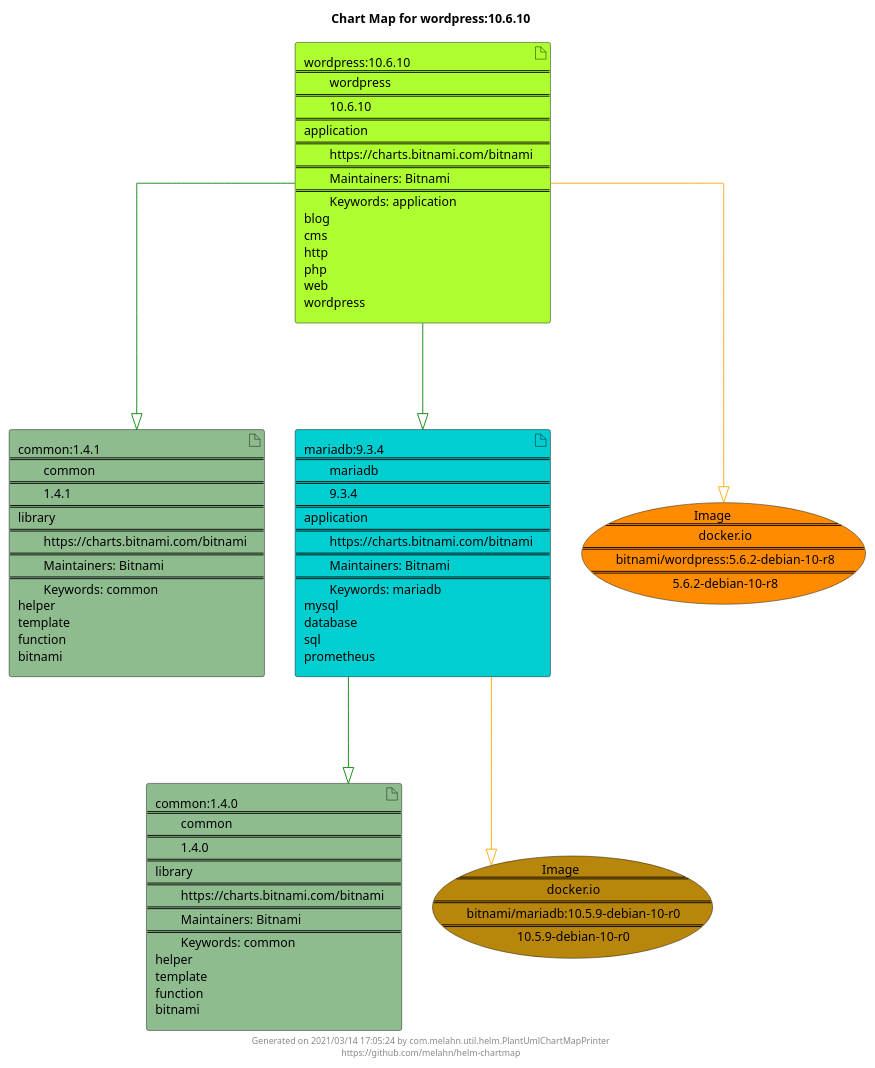
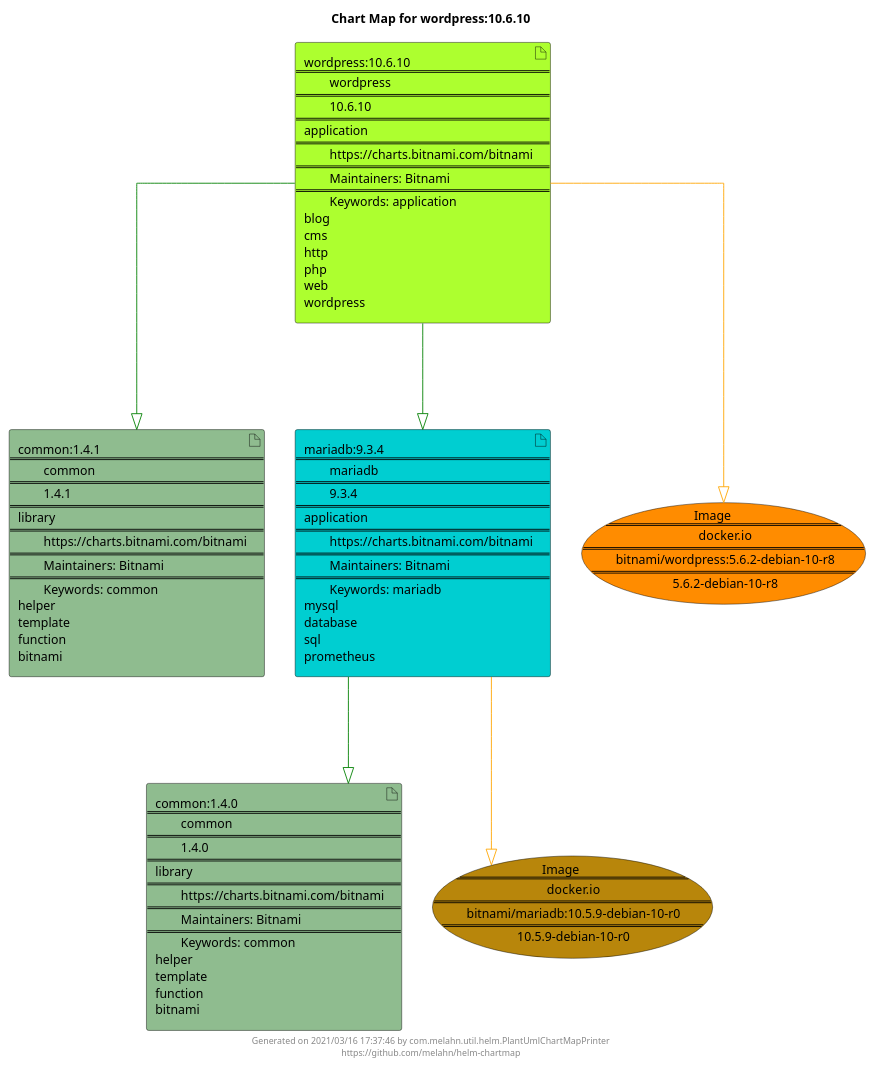
The diagram in docs/wordpress/wordpress-10.6.10.puml (melahn/helm-chartmap), drawn with PlantUML before and after one commit. The commit also changed 30 other files, not shown here.

Commit message:
Update example chartmaps using 3.0 snapshot

```diff
--- a/docs/wordpress/wordpress-10.6.10.puml
+++ b/docs/wordpress/wordpress-10.6.10.puml
@@ -1,29 +1,29 @@
 @startuml
 skinparam linetype ortho
 skinparam backgroundColor white
 skinparam usecaseBorderColor black
 skinparam usecaseArrowColor LightSlateGray
 skinparam artifactBorderColor black
 skinparam artifactArrowColor LightSlateGray
 
 title Chart Map for wordpress:10.6.10
 
 'There are 4 referenced Helm Charts
 artifact "common:1.4.1\n====\n\tcommon\n====\n\t1.4.1\n====\nlibrary\n====\n\thttps://charts.bitnami.com/bitnami\n====\n\tMaintainers: Bitnami\n====\n\tKeywords: common\nhelper\ntemplate\nfunction\nbitnami" as common_1_4_1 #DarkSeaGreen
 artifact "mariadb:9.3.4\n====\n\tmariadb\n====\n\t9.3.4\n====\napplication\n====\n\thttps://charts.bitnami.com/bitnami\n====\n\tMaintainers: Bitnami\n====\n\tKeywords: mariadb\nmysql\ndatabase\nsql\nprometheus" as mariadb_9_3_4 #DarkTurquoise
 artifact "common:1.4.0\n====\n\tcommon\n====\n\t1.4.0\n====\nlibrary\n====\n\thttps://charts.bitnami.com/bitnami\n====\n\tMaintainers: Bitnami\n====\n\tKeywords: common\nhelper\ntemplate\nfunction\nbitnami" as common_1_4_0 #DarkSeaGreen
 artifact "wordpress:10.6.10\n====\n\twordpress\n====\n\t10.6.10\n====\napplication\n====\n\thttps://charts.bitnami.com/bitnami\n====\n\tMaintainers: Bitnami\n====\n\tKeywords: application\nblog\ncms\nhttp\nphp\nweb\nwordpress" as wordpress_10_6_10 #GreenYellow
 
 'There are 2 referenced Docker Images
 usecase "Image\n====\n\tdocker.io\n====\n\tbitnami/wordpress:5.6.2-debian-10-r8\n====\n\t5.6.2-debian-10-r8" as docker_io_bitnami_wordpress_5_6_2_debian_10_r8 #Darkorange
 usecase "Image\n====\n\tdocker.io\n====\n\tbitnami/mariadb:10.5.9-debian-10-r0\n====\n\t10.5.9-debian-10-r0" as docker_io_bitnami_mariadb_10_5_9_debian_10_r0 #DarkGoldenRod
 
 'Chart Dependencies
 wordpress_10_6_10--[#green]-|>common_1_4_1
 wordpress_10_6_10--[#green]-|>mariadb_9_3_4
 mariadb_9_3_4--[#green]-|>common_1_4_0
 mariadb_9_3_4--[#orange]-|>docker_io_bitnami_mariadb_10_5_9_debian_10_r0
 wordpress_10_6_10--[#orange]-|>docker_io_bitnami_wordpress_5_6_2_debian_10_r8
 
-center footer Generated on 2021/03/14 17:05:24 by com.melahn.util.helm.PlantUmlChartMapPrinter\nhttps://github.com/melahn/helm-chartmap
+center footer Generated on 2021/03/16 17:37:46 by com.melahn.util.helm.PlantUmlChartMapPrinter\nhttps://github.com/melahn/helm-chartmap
 @enduml
```
